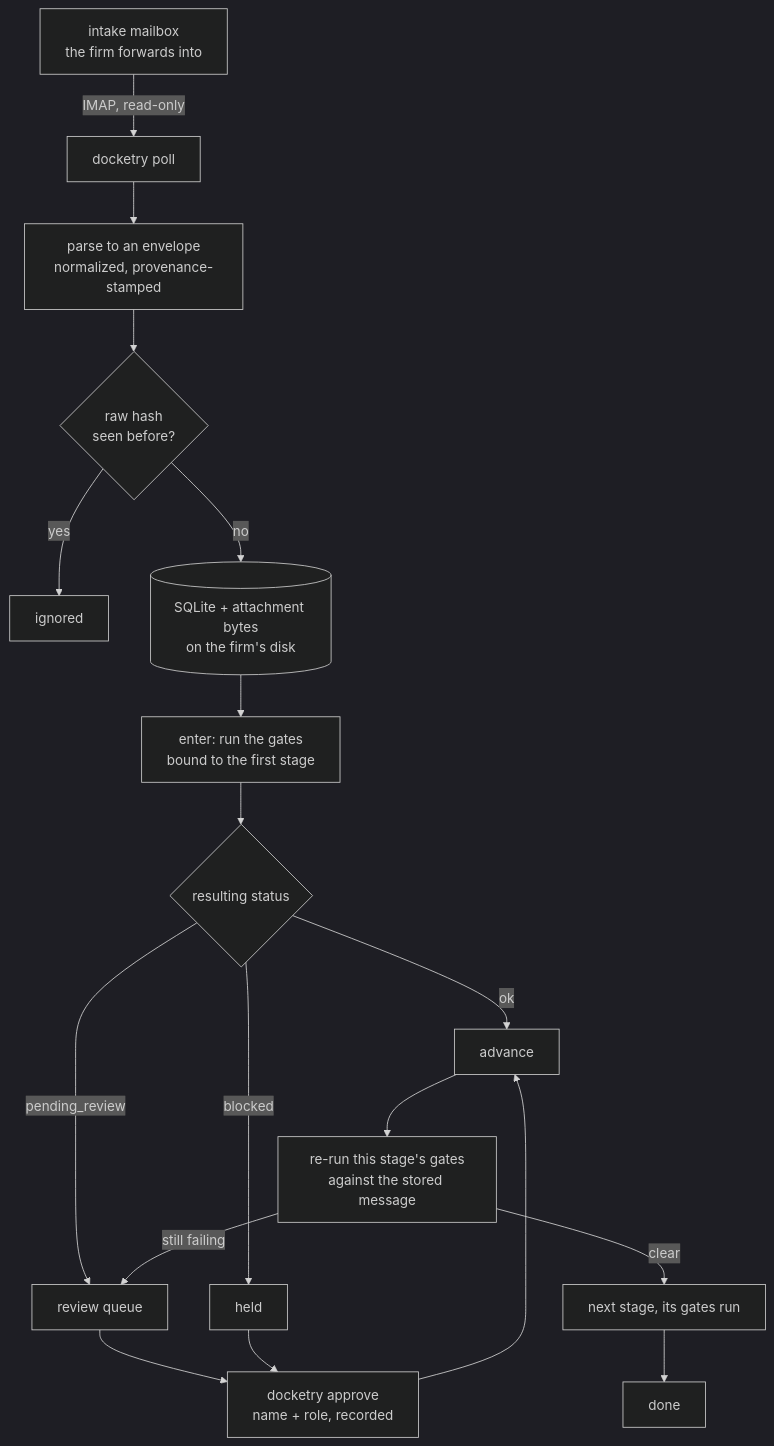
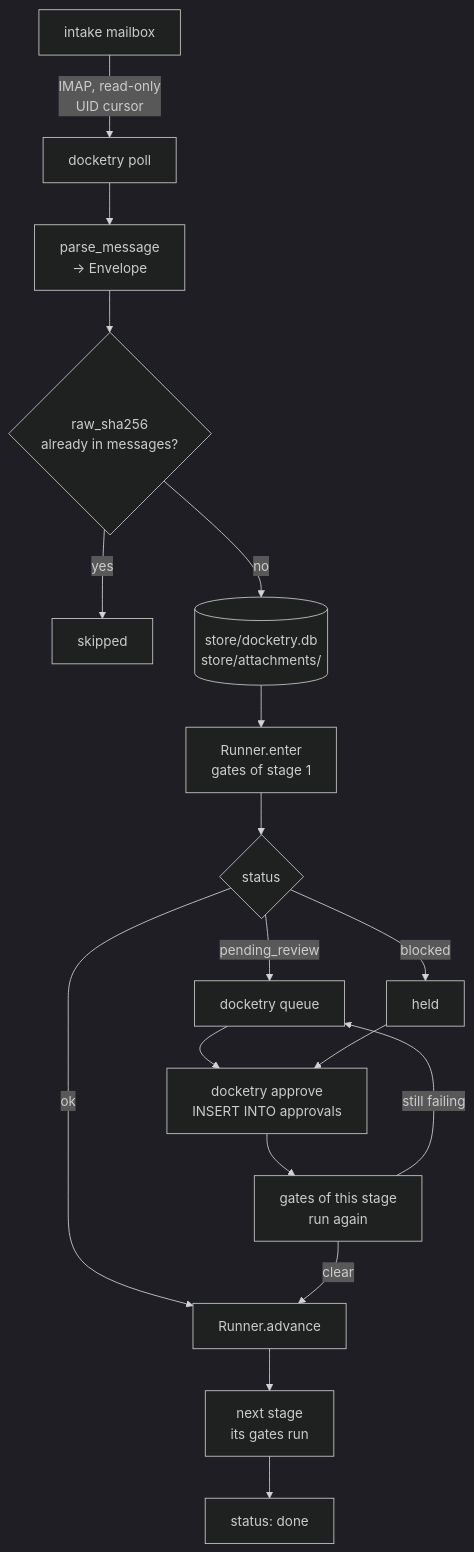
One commit to harkins-solutions/docketry changed the first of 4 diagrams in ARCHITECTURE.md. Above: the diagram before and after it, drawn with Mermaid (dark theme). The commit also changed other lines of this file and 20 other files, not shown here.

````diff
--- a/ARCHITECTURE.md
+++ b/ARCHITECTURE.md
@@ -9,20 +8,20 @@
 ```mermaid
 flowchart TD
-  MB["intake mailbox<br/>the firm forwards into"] -->|"IMAP, read-only"| POLL["docketry poll"]
-  POLL --> PARSE["parse to an envelope<br/>normalized, provenance-stamped"]
-  PARSE --> DEDUP{"raw hash<br/>seen before?"}
-  DEDUP -- "yes" --> DROP["ignored"]
-  DEDUP -- "no" --> STORE[("SQLite + attachment bytes<br/>on the firm's disk")]
-  STORE --> ENTER["enter: run the gates<br/>bound to the first stage"]
-  ENTER --> STATUS{"resulting status"}
-  STATUS -- "ok" --> ADV["advance"]
-  STATUS -- "pending_review" --> QUEUE["review queue"]
+  MB["intake mailbox"] -->|"IMAP, read-only<br/>UID cursor"| POLL["docketry poll"]
+  POLL --> PARSE["parse_message<br/>→ Envelope"]
+  PARSE --> DEDUP{"raw_sha256<br/>already in messages?"}
+  DEDUP -- "yes" --> DROP["skipped"]
+  DEDUP -- "no" --> STORE[("store/docketry.db<br/>store/attachments/")]
+  STORE --> ENTER["Runner.enter<br/>gates of stage 1"]
+  ENTER --> STATUS{"status"}
+  STATUS -- "ok" --> ADV["Runner.advance"]
+  STATUS -- "pending_review" --> QUEUE["docketry queue"]
   STATUS -- "blocked" --> HELD["held"]
-  QUEUE --> APPROVE["docketry approve<br/>name + role, recorded"]
+  QUEUE --> APPROVE["docketry approve<br/>INSERT INTO approvals"]
   HELD --> APPROVE
-  APPROVE --> ADV
-  ADV --> RERUN["re-run this stage's gates<br/>against the stored message"]
-  RERUN -->|"still failing"| QUEUE
-  RERUN -->|"clear"| NEXT["next stage, its gates run"]
-  NEXT --> DONE["done"]
+  APPROVE --> RERUN["gates of this stage<br/>run again"]
+  RERUN -- "still failing" --> QUEUE
+  RERUN -- "clear" --> ADV
+  ADV --> NEXT["next stage<br/>its gates run"]
+  NEXT --> DONE["status: done"]
 ```
````
